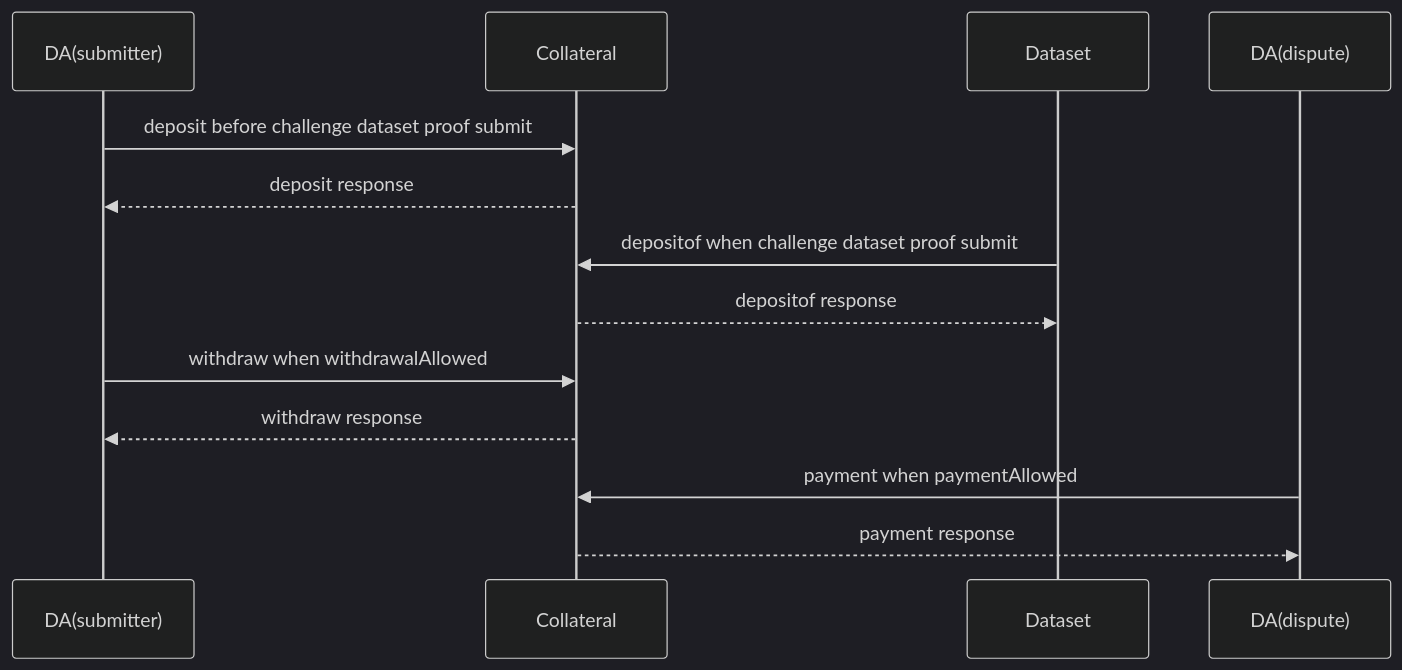
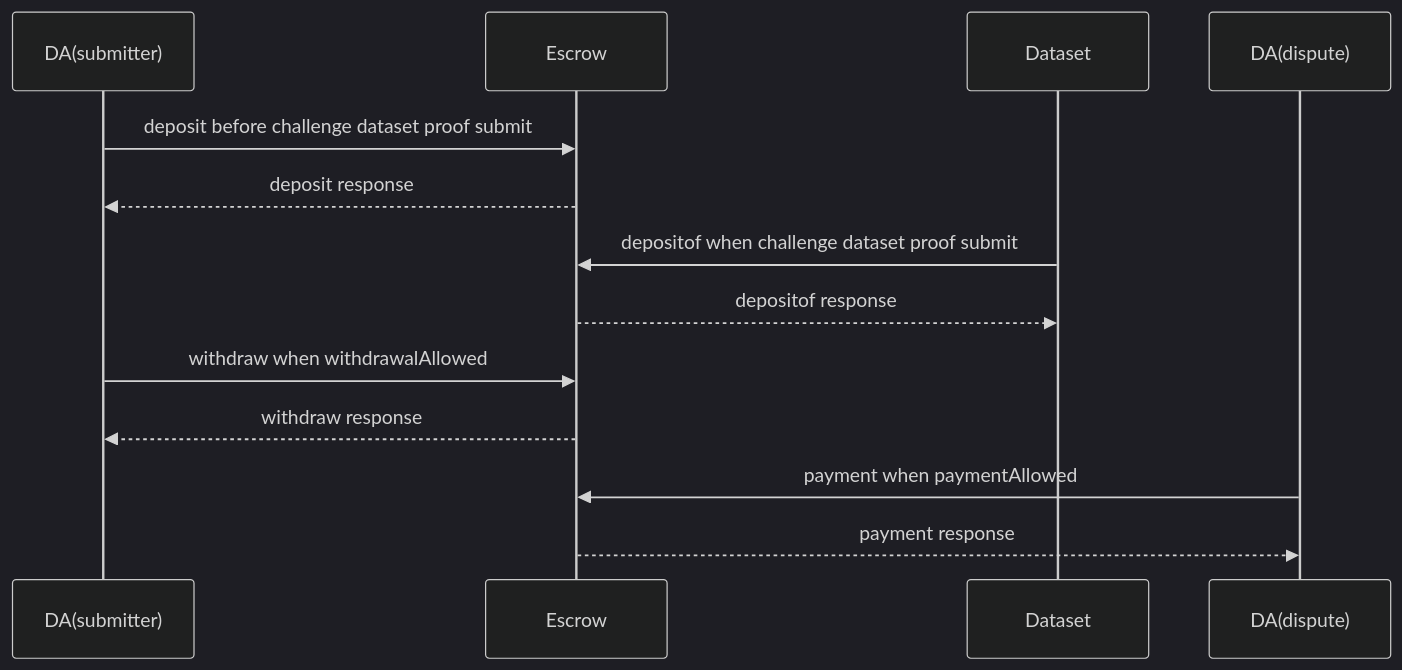
Before and after one commit to dataswap/specs: the third of 8 diagrams in systems/core/escrow/Readme.md, drawn with Mermaid (dark theme). The commit also changed other lines of this file, not shown here.

````diff
--- a/systems/core/escrow/Readme.md
+++ b/systems/core/escrow/Readme.md
@@ -70,11 +70,11 @@
 ```mermaid
 sequenceDiagram
-   DA(submitter) ->> Collateral: deposit before challenge dataset proof submit
-   Collateral -->> DA(submitter): deposit response
-   Dataset ->> Collateral: depositof when challenge dataset proof submit
-   Collateral -->> Dataset: depositof response
-   DA(submitter) ->> Collateral: withdraw when withdrawalAllowed
-   Collateral -->> DA(submitter): withdraw response
-   DA(dispute) ->> Collateral: payment when paymentAllowed
-   Collateral -->> DA(dispute): payment response
+   DA(submitter) ->> Escrow: deposit before challenge dataset proof submit
+   Escrow -->> DA(submitter): deposit response
+   Dataset ->> Escrow: depositof when challenge dataset proof submit
+   Escrow -->> Dataset: depositof response
+   DA(submitter) ->> Escrow: withdraw when withdrawalAllowed
+   Escrow -->> DA(submitter): withdraw response
+   DA(dispute) ->> Escrow: payment when paymentAllowed
+   Escrow -->> DA(dispute): payment response
 ```
````
